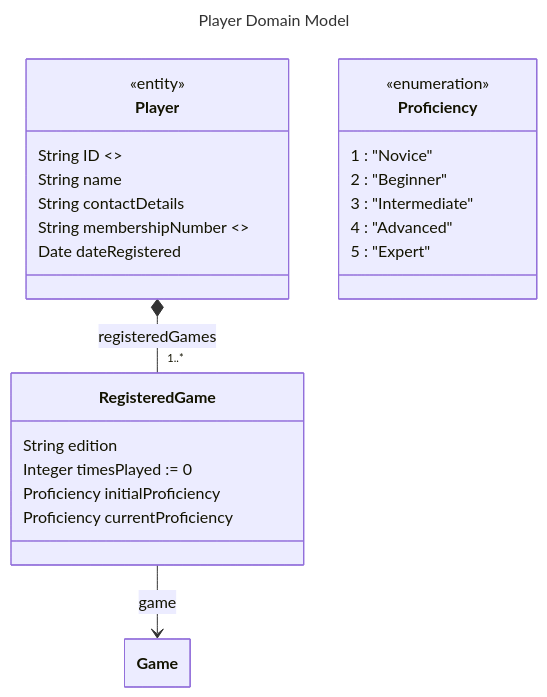
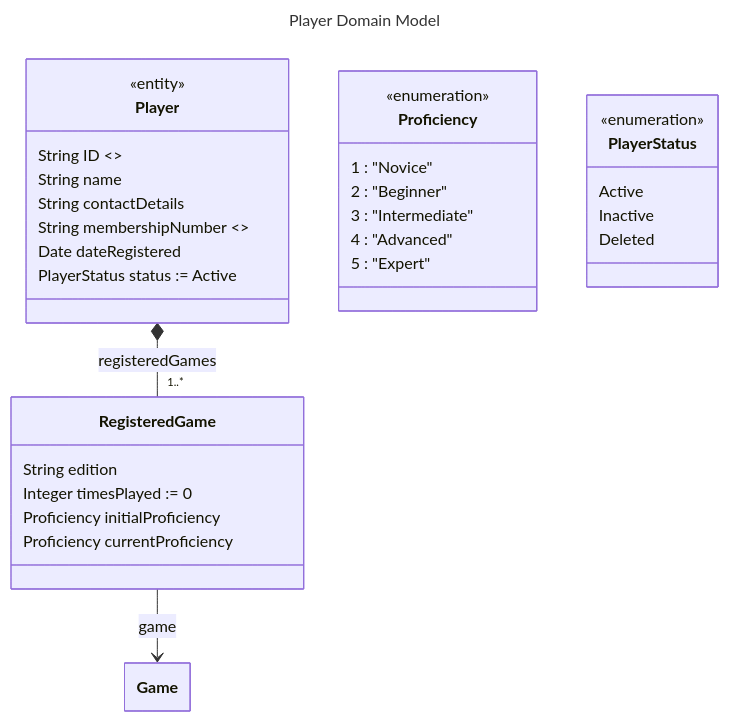
One commit to AdrianMiley/War-Games-League changed the first of 2 diagrams in design/data/player.md. Above: the diagram before and after it, drawn with Mermaid. The commit also changed other lines of this file and 1 other file, not shown here.

Commit message:
Added state machines for Player and Match

````diff
--- a/design/data/player.md
+++ b/design/data/player.md
@@ -9,38 +9,45 @@
 ```mermaid
 ---
   title: Player Domain Model
   config:
     class:
       hideEmptyMembersBox: true
 ---
 classDiagram
 %%    namespace "player"
 %%    import "design/data/game/Game" as Game
     class Player {
         <<entity>>
         String ID <<key>>
         String name
         String contactDetails
         String membershipNumber <<optional>>
         Date dateRegistered
+        PlayerStatus status := Active
     }
 
     class RegisteredGame {
         String edition
         Integer timesPlayed := 0
         Proficiency initialProficiency
         Proficiency currentProficiency
     }
 
     Player *-- "1..*" RegisteredGame : registeredGames
     RegisteredGame --> Game : game
 
     class Proficiency {
         <<enumeration>>
         1 : "Novice"
         2 : "Beginner"
         3 : "Intermediate"
         4 : "Advanced"
         5 : "Expert"
     }
+    class PlayerStatus {
+        <<enumeration>>
+        Active
+        Inactive
+        Deleted
+    }
 ```
````
